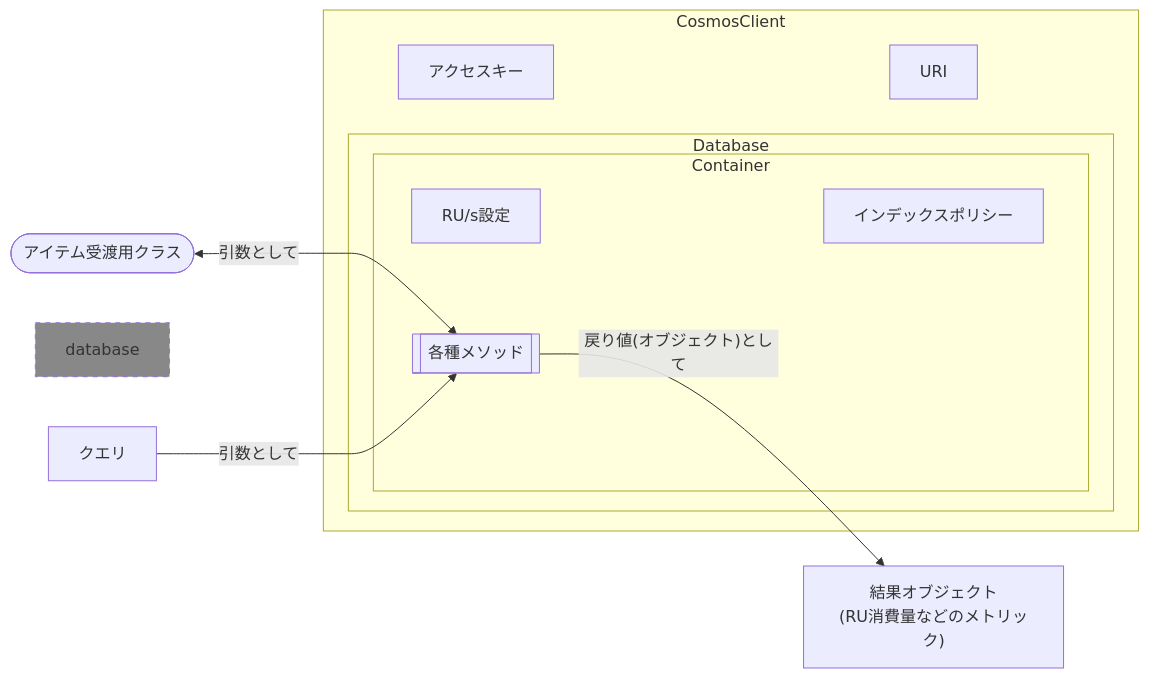
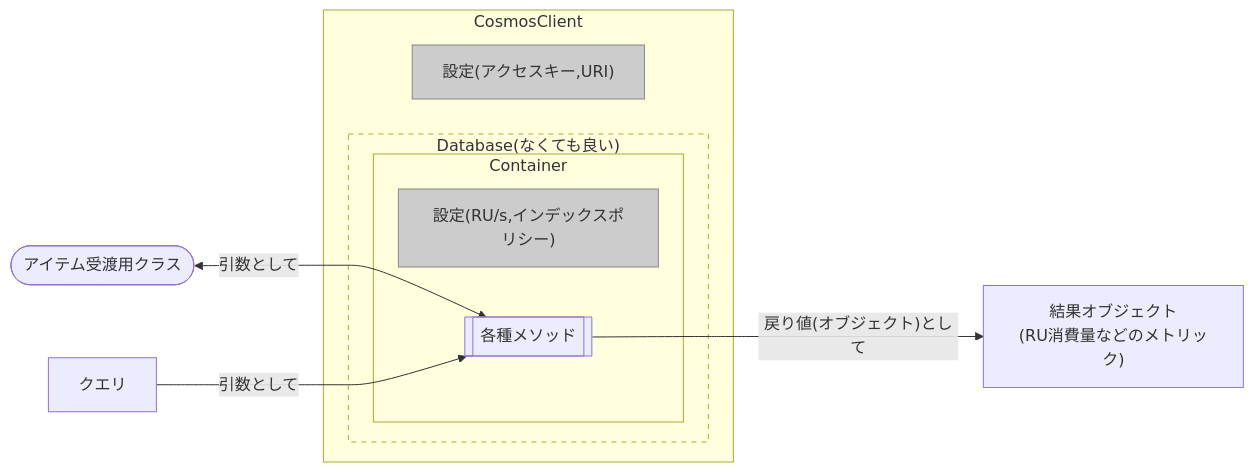
Before and after one commit to tahayaka-microsoft/CosmosDB-ChangeFeed-Functions: the fourth of 4 diagrams in readme.md, drawn with Mermaid. The commit also changed other lines of this file, not shown here.

````diff
--- a/readme.md
+++ b/readme.md
@@ -381,22 +381,20 @@
 ```mermaid
 graph LR
     A([アイテム受渡用クラス])
-    subgraph "CosmosClient"
-        1[アクセスキー]
-        2[URI]
-        1~~~2
-        subgraph "Database"
-            subgraph "Container"
-                3[RU/s設定]
-                4[インデックスポリシー]
+    subgraph s1["CosmosClient"]
+        1["設定(アクセスキー,URI)"]
+        subgraph s2["Database(なくても良い)"]
+            subgraph s3["Container"]
+                2["設定(RU/s,インデックスポリシー)"]
                 B[[各種メソッド]]
-                3~~~4
             end
         end
-        style database fill:#888,stroke-dasharray: 5 5
     end
     A<--引数として-->B
     D["クエリ"]--引数として-->B
     B--"戻り値(オブジェクト)として"-->C["結果オブジェクト
 (RU消費量などのメトリック)"]
+style s2 stroke-dasharray: 5 5
+style 1 fill:#CCC,stroke:#888
+style 2 fill:#CCC,stroke:#888
 ```
````
